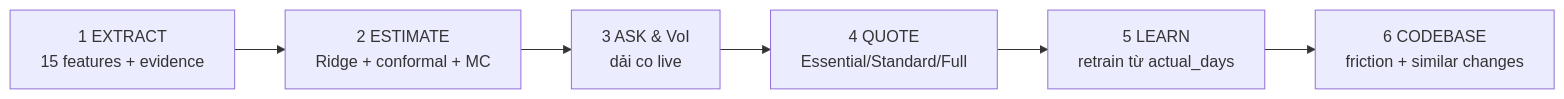
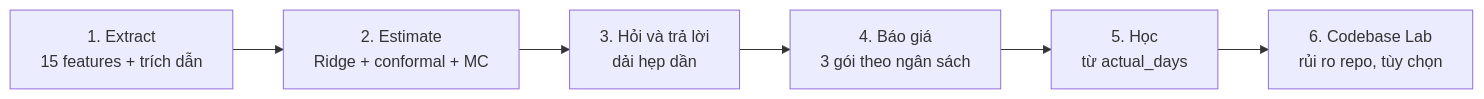
The diagram in README.md (iknizzz1807/the-estimator), drawn with Mermaid before and after one commit. The commit also changed other lines of this file, not shown here.

````diff
--- a/README.md
+++ b/README.md
@@ -49,8 +26,8 @@
 ```mermaid
 flowchart LR
-    A["1 EXTRACT<br/>15 features + evidence"] --> B["2 ESTIMATE<br/>Ridge + conformal + MC"]
-    B --> C["3 ASK & VoI<br/>dải co live"]
-    C --> D["4 QUOTE<br/>Essential/Standard/Full"]
-    D --> E["5 LEARN<br/>retrain từ actual_days"]
-    E --> F["6 CODEBASE<br/>friction + similar changes"]
+    A[1. Extract<br/>15 features + trích dẫn] --> B[2. Estimate<br/>Ridge + conformal + MC]
+    B --> C[3. Hỏi và trả lời<br/>dải hẹp dần]
+    C --> D[4. Báo giá<br/>3 gói theo ngân sách]
+    D --> E[5. Học<br/>từ actual_days]
+    E --> F[6. Codebase Lab<br/>rủi ro repo, tùy chọn]
 ```
````
